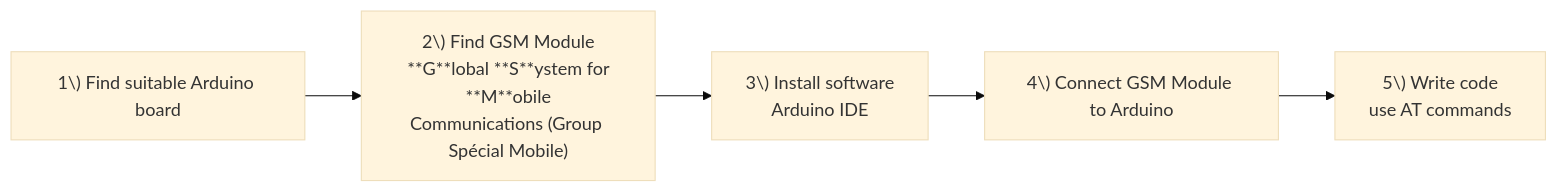
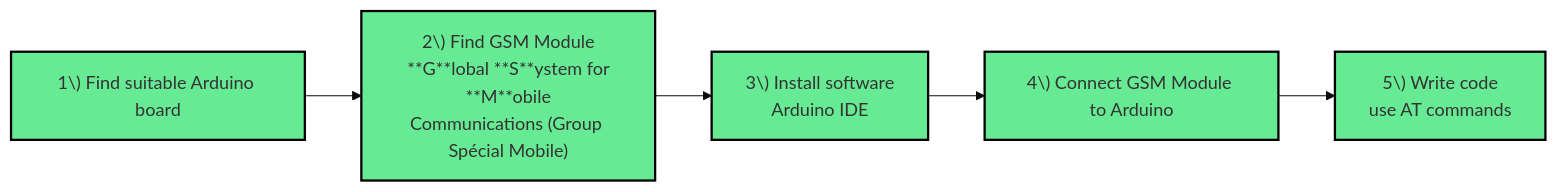
Before and after one commit to hmelner/MeshtasticNetworkGuide: the second of 2 diagrams in CommsAppBuilding&EASGuide.md, drawn with Mermaid (base theme).

````diff
--- a/CommsAppBuilding&EASGuide.md
+++ b/CommsAppBuilding&EASGuide.md
@@ -26,8 +26,19 @@
 ```mermaid
   graph LR
   A["1\) Find suitable Arduino board"]
-  --> B["2\) Find GSM Module<br> **G**lobal **S**ystem for **M**obile<br>Communications (Group Spécial Mobile)"]
-  B-->C["3\) Install software <br> Arduino IDE"]
-  C-->D["4\) Connect GSM Module to Arduino"]
-  D-->E["5\) Write code <br> use AT commands"]
+  style A fill:#67ea94,stroke:#000000,stroke-width:2px
+  B["2\) Find GSM Module<br> **G**lobal **S**ystem for **M**obile<br>Communications (Group Spécial Mobile)"]
+  style B fill:#67ea94,stroke:#000000,stroke-width:2px
+  C["3\) Install software <br> Arduino IDE"]
+  style C fill:#67ea94,stroke:#000000,stroke-width:2px
+  D["4\) Connect GSM Module to Arduino"]
+  style D fill:#67ea94,stroke:#000000,stroke-width:2px
+  E["5\) Write code <br> use AT commands"]
+  style E fill:#67ea94,stroke:#000000,stroke-width:2px
+
+  A-->B
+  B-->C
+  C-->D
+  D-->E
+
 ```
````
